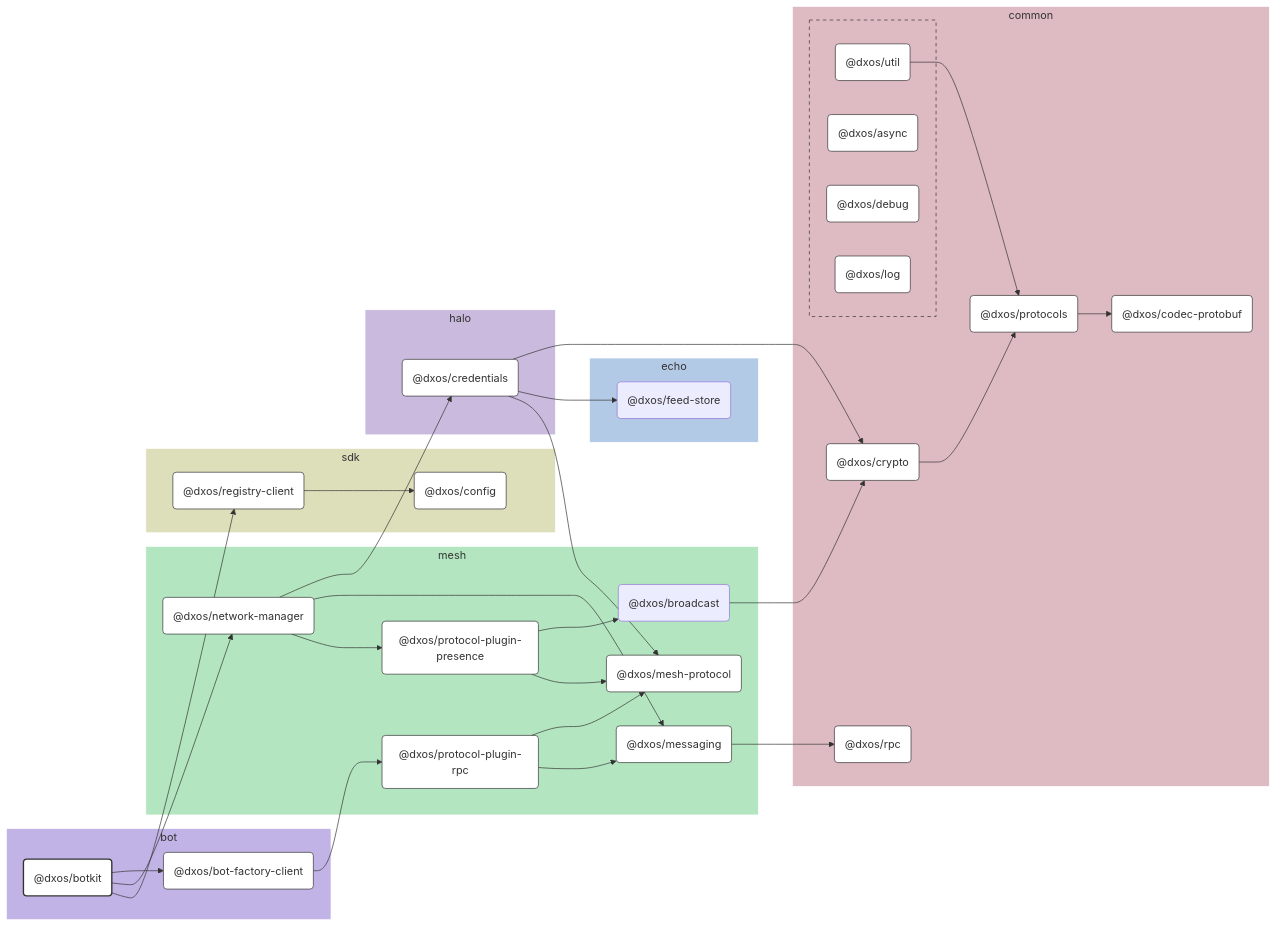
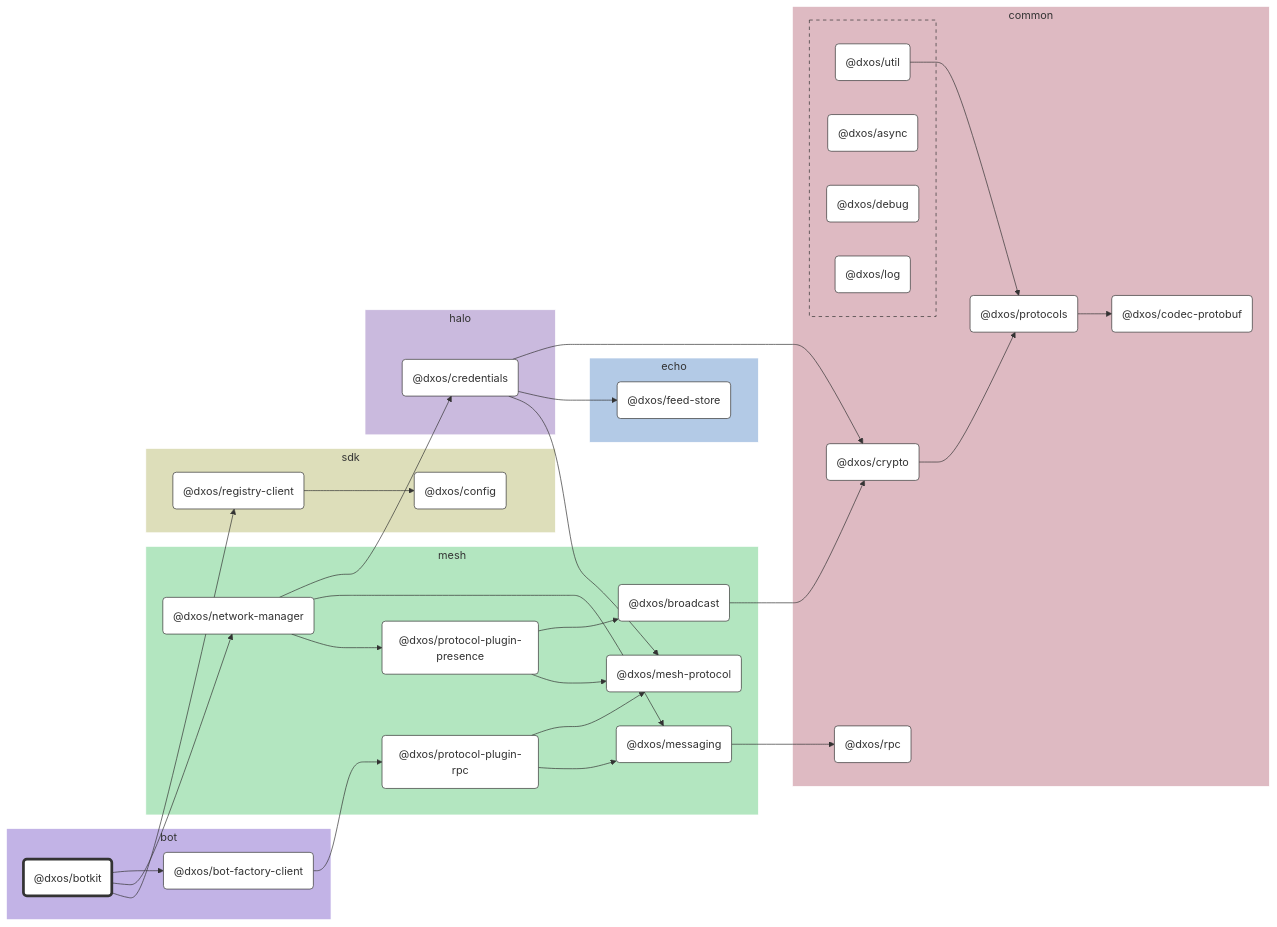
One commit to dxos/dxos changed the diagram in packages/bot/botkit/docs/README.md. Above: the diagram before and after it, drawn with Mermaid. The commit also changed other lines of this file and 86 other files, not shown here.

```diff
--- a/packages/bot/botkit/docs/README.md
+++ b/packages/bot/botkit/docs/README.md
@@ -91,11 +91,13 @@
 %% Hyperlinks
 click dxos/async "dxos/dxos/tree/main/packages/common/async/docs";
 click dxos/bot-factory-client "dxos/dxos/tree/main/packages/bot/bot-factory-client/docs";
+click dxos/broadcast "dxos/dxos/tree/main/packages/mesh/broadcast/docs";
 click dxos/codec-protobuf "dxos/dxos/tree/main/packages/common/codec-protobuf/docs";
 click dxos/config "dxos/dxos/tree/main/packages/sdk/config/docs";
 click dxos/credentials "dxos/dxos/tree/main/packages/halo/credentials/docs";
 click dxos/crypto "dxos/dxos/tree/main/packages/common/crypto/docs";
 click dxos/debug "dxos/dxos/tree/main/packages/common/debug/docs";
+click dxos/feed-store "dxos/dxos/tree/main/packages/echo/feed-store/docs";
 click dxos/log "dxos/dxos/tree/main/packages/common/log/docs";
 click dxos/mesh-protocol "dxos/dxos/tree/main/packages/mesh/mesh-protocol/docs";
 click dxos/messaging "dxos/dxos/tree/main/packages/mesh/messaging/docs";
@@ -108,7 +110,7 @@
 click dxos/util "dxos/dxos/tree/main/packages/common/util/docs";
 
 %% Styles
-classDef rootNode fill:#fff,stroke:#333,stroke-width:2px
+classDef rootNode fill:#fff,stroke:#333,stroke-width:4px
 classDef defaultNode fill:#fff,stroke:#333,stroke-width:1px
 linkStyle default stroke:#333,stroke-width:1px
 
@@ -116,11 +118,13 @@
 
 dxos/async:::defaultNode
 dxos/bot-factory-client:::defaultNode
+dxos/broadcast:::defaultNode
 dxos/codec-protobuf:::defaultNode
 dxos/config:::defaultNode
 dxos/credentials:::defaultNode
 dxos/crypto:::defaultNode
 dxos/debug:::defaultNode
+dxos/feed-store:::defaultNode
 dxos/log:::defaultNode
 dxos/mesh-protocol:::defaultNode
 dxos/messaging:::defaultNode
```
